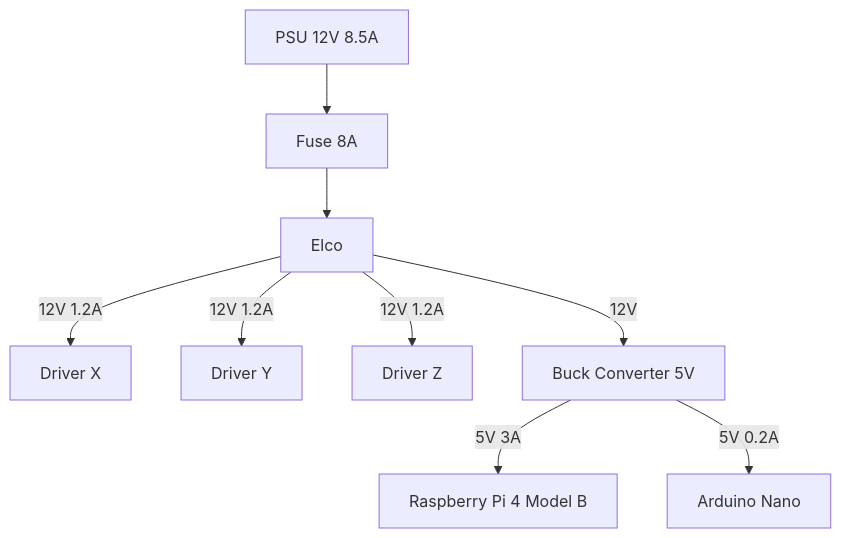
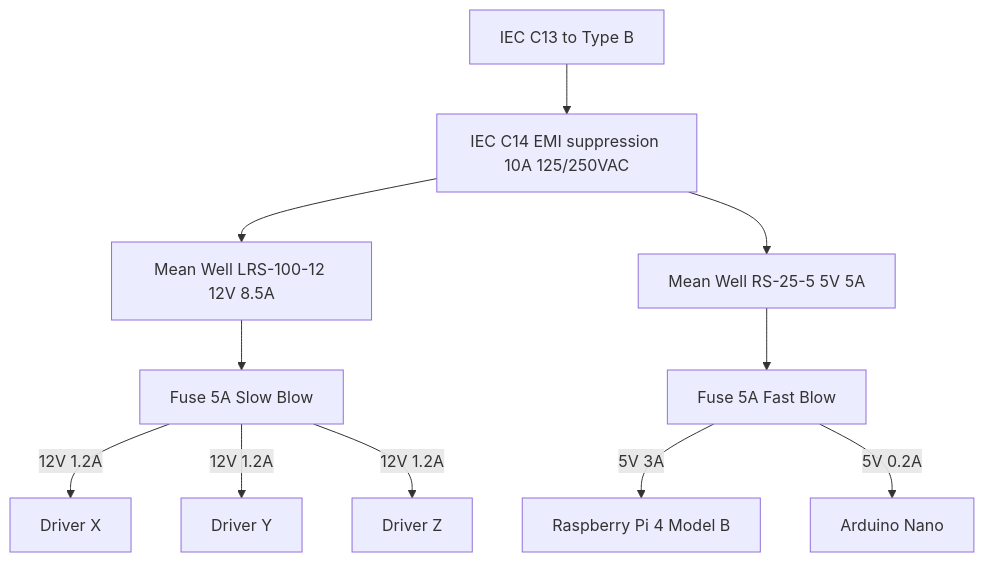
One commit to AlvinOctaH/automated-incubator-microscope changed the diagram in README.md. Above: the diagram before and after it, drawn with Mermaid. The commit also changed other lines of this file, not shown here.

````diff
--- a/README.md
+++ b/README.md
@@ -184,11 +182,13 @@
 ```mermaid
 flowchart TD
-    A[PSU 12V 8.5A] --> B[Fuse 8A]
-    B --> C[Elco]
-    C --> |12V 1.2A| D1[Driver X]
-    C --> |12V 1.2A| D2[Driver Y]
-    C --> |12V 1.2A| D3[Driver Z]
-    C --> |12V| D4[Buck Converter 5V]
-    D4 --> |5V 3A| E1[Raspberry Pi 4 Model B]
-    D4 --> |5V 0.2A| E2[Arduino Nano]
+    A[IEC C13 to Type B] --> B[IEC C14 EMI suppression 10A 125/250VAC]
+    B --> C1[Mean Well LRS-100-12 12V 8.5A]
+    B --> C2[Mean Well RS-25-5 5V 5A]
+    C1 --> D1[Fuse 5A Slow Blow]
+    C2 --> D2[Fuse 5A Fast Blow]
+    D1 --> |12V 1.2A| E1[Driver X]
+    D1 --> |12V 1.2A| E2[Driver Y]
+    D1 --> |12V 1.2A| E3[Driver Z]
+    D2 --> |5V 3A| E4[Raspberry Pi 4 Model B]
+    D2 --> |5V 0.2A| E5[Arduino Nano]
 ```
````
